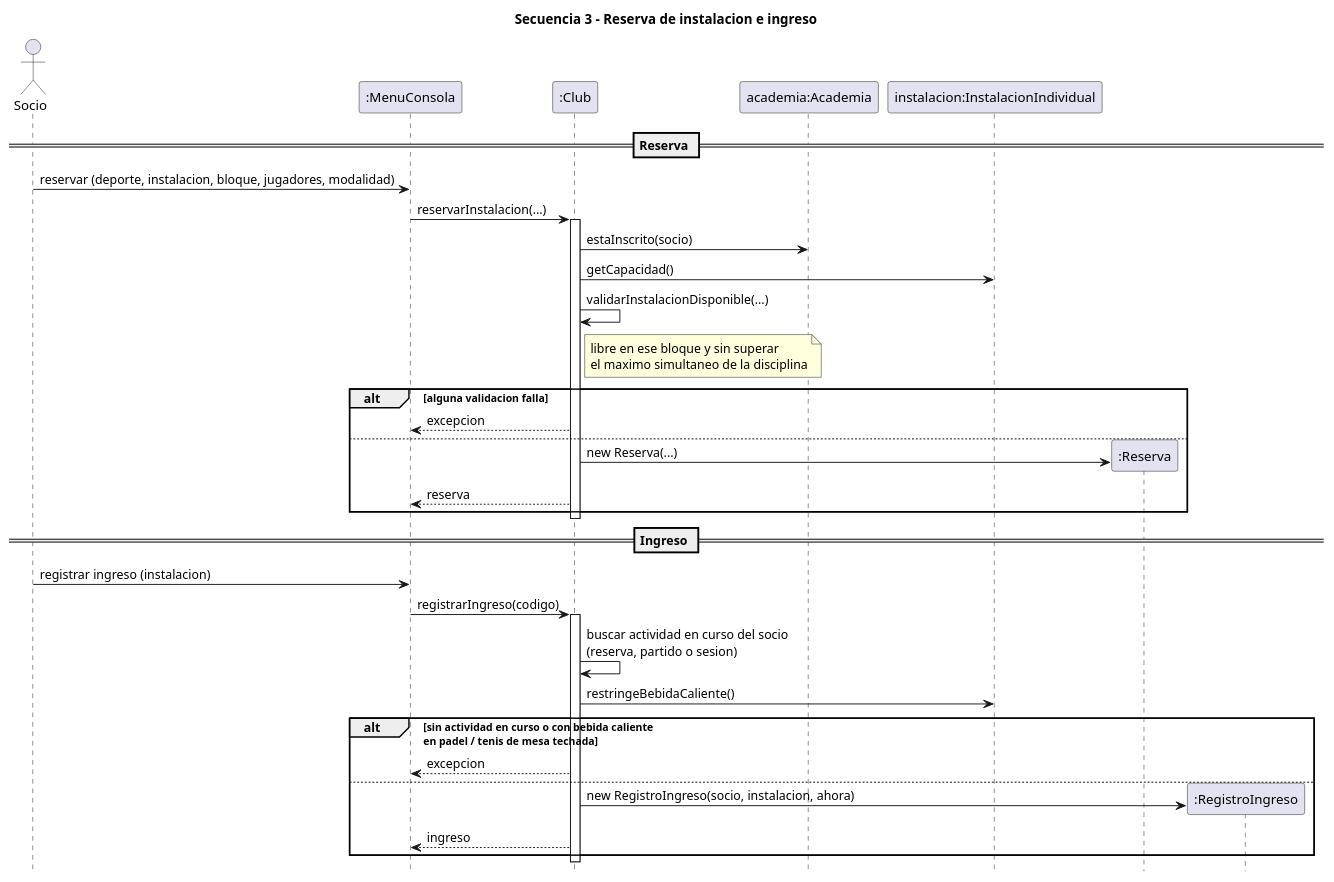
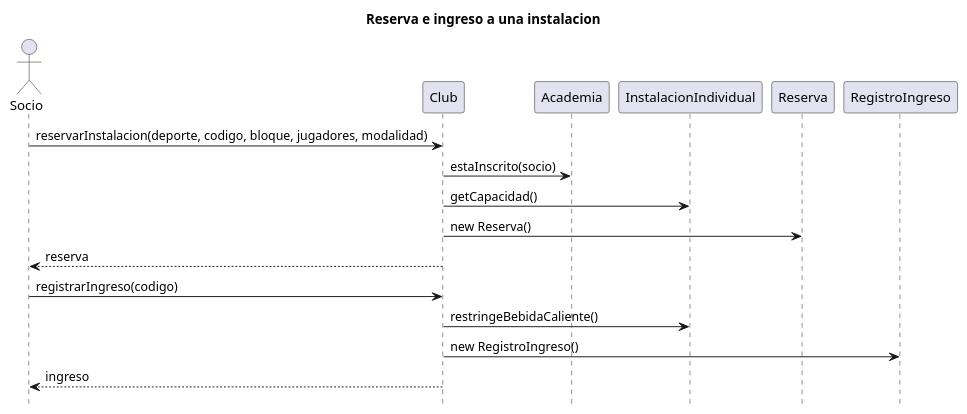
The diagram in Proyecto 1/Entrega 2/ClubDeportivoseneca/diagramas/secuencia/CDS_SEC_3_reserva_e_ingreso.puml (alejandrod-24/G03-ClubDeportivo), drawn with PlantUML before and after one commit. The commit also changed 11 other files, not shown here.

Commit message:
diagramas secuencia

```diff
--- a/Proyecto 1/Entrega 2/ClubDeportivoseneca/diagramas/secuencia/CDS_SEC_3_reserva_e_ingreso.puml
+++ b/Proyecto 1/Entrega 2/ClubDeportivoseneca/diagramas/secuencia/CDS_SEC_3_reserva_e_ingreso.puml
@@ -1,44 +1,22 @@
 @startuml
-' Club Deportivo Séneca - Secuencia 3: reserva de instalacion (RF-SOC-07) e ingreso (RF-SOC-09)
-title Secuencia 3 - Reserva de instalacion e ingreso
+title Reserva e ingreso a una instalacion
 hide footbox
-skinparam shadowing false
 
-actor Socio as U
-participant ":MenuConsola" as M
-participant ":Club" as C
-participant "academia:Academia" as AC
-participant "instalacion:InstalacionIndividual" as I
-participant ":Reserva" as R
-participant ":RegistroIngreso" as RI
+actor Socio
+participant Club
+participant Academia
+participant InstalacionIndividual
+participant Reserva
+participant RegistroIngreso
 
-== Reserva ==
-U -> M : reservar (deporte, instalacion, bloque, jugadores, modalidad)
-M -> C : reservarInstalacion(...)
-activate C
-C -> AC : estaInscrito(socio)
-C -> I : getCapacidad()
-C -> C : validarInstalacionDisponible(...)
-note right of C : libre en ese bloque y sin superar\nel maximo simultaneo de la disciplina
-alt alguna validacion falla
-  C --> M : excepcion
-else
-  C -> R ** : new Reserva(...)
-  C --> M : reserva
-end
-deactivate C
+Socio -> Club : reservarInstalacion(deporte, codigo, bloque, jugadores, modalidad)
+Club -> Academia : estaInscrito(socio)
+Club -> InstalacionIndividual : getCapacidad()
+Club -> Reserva : new Reserva()
+Club --> Socio : reserva
 
-== Ingreso ==
-U -> M : registrar ingreso (instalacion)
-M -> C : registrarIngreso(codigo)
-activate C
-C -> C : buscar actividad en curso del socio\n(reserva, partido o sesion)
-C -> I : restringeBebidaCaliente()
-alt sin actividad en curso o con bebida caliente\nen padel / tenis de mesa techada
-  C --> M : excepcion
-else
-  C -> RI ** : new RegistroIngreso(socio, instalacion, ahora)
-  C --> M : ingreso
-end
-deactivate C
+Socio -> Club : registrarIngreso(codigo)
+Club -> InstalacionIndividual : restringeBebidaCaliente()
+Club -> RegistroIngreso : new RegistroIngreso()
+Club --> Socio : ingreso
 @enduml
```
